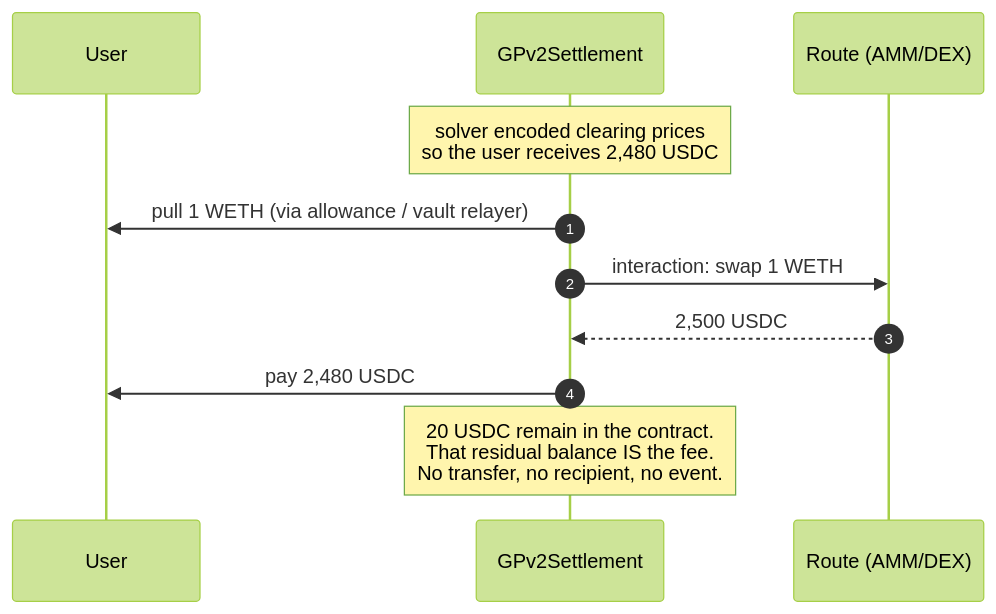
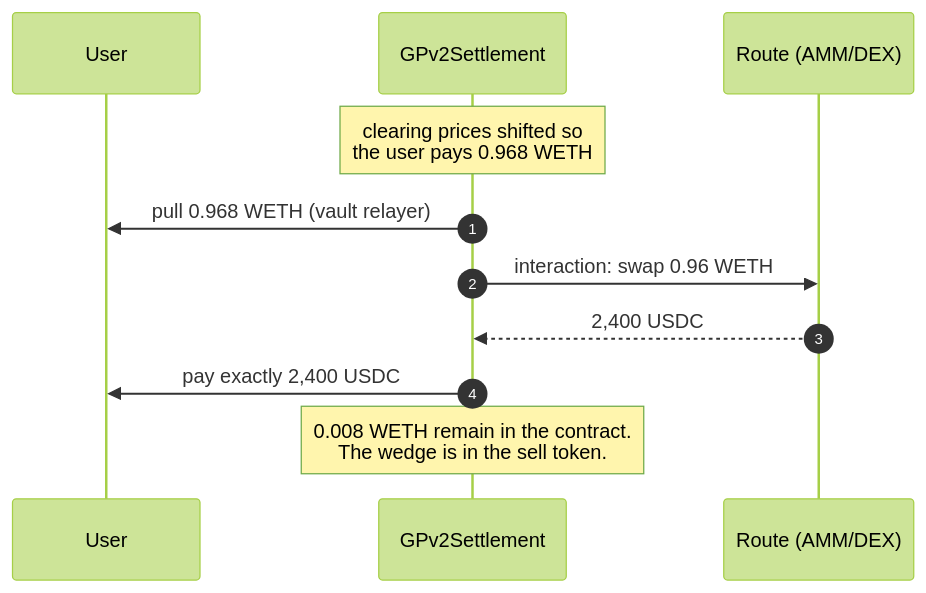
One commit to bleu/byos-contracts changed the second of 3 diagrams in docs/reference/cow-fee-collection.md. Above: the diagram before and after it, drawn with Mermaid (forest theme). The commit also changed other lines of this file, not shown here.

Commit message:
docs(reference): rework fee doc into end-to-end walkthrough, add buy-order example

````diff
--- a/docs/reference/cow-fee-collection.md
+++ b/docs/reference/cow-fee-collection.md
@@ -40,14 +115,14 @@
 ```mermaid
 sequenceDiagram
     autonumber
     participant U as User
     participant S as GPv2Settlement
     participant R as Route (AMM/DEX)
 
-    Note over S: solver encoded clearing prices<br/>so the user receives 2,480 USDC
-    S->>U: pull 1 WETH (via allowance / vault relayer)
-    S->>R: interaction: swap 1 WETH
-    R-->>S: 2,500 USDC
-    S->>U: pay 2,480 USDC
-    Note over S: 20 USDC remain in the contract.<br/>That residual balance IS the fee.<br/>No transfer, no recipient, no event.
+    Note over S: clearing prices shifted so<br/>the user pays 0.968 WETH
+    S->>U: pull 0.968 WETH (vault relayer)
+    S->>R: interaction: swap 0.96 WETH
+    R-->>S: 2,400 USDC
+    S->>U: pay exactly 2,400 USDC
+    Note over S: 0.008 WETH remain in the contract.<br/>The wedge is in the sell token.
 ```
````
